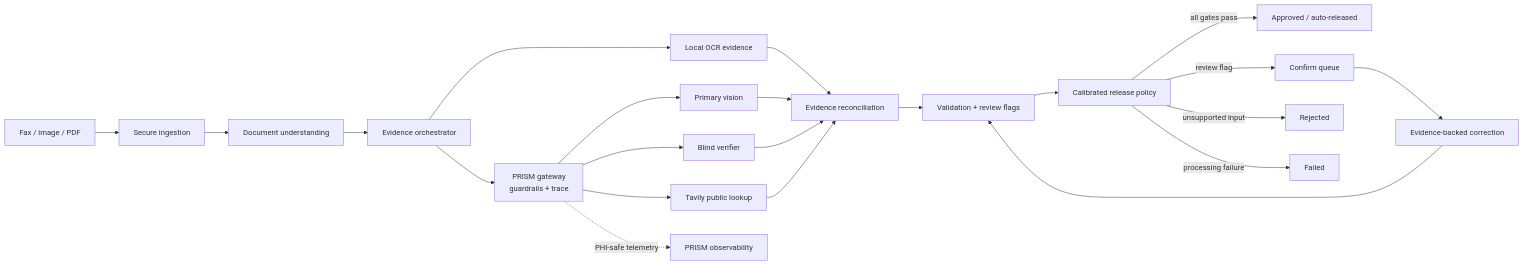
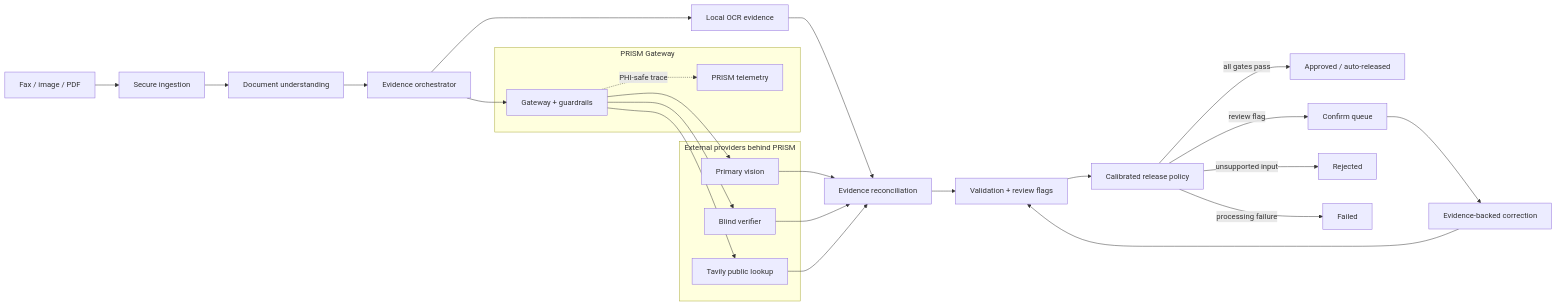
The diagram in README.md (molgorithmo/hackathon-nyc), drawn with Mermaid before and after one commit. The commit also changed other lines of this file, not shown here.

Commit message:
update design document

````diff
--- a/README.md
+++ b/README.md
@@ -13,24 +13,33 @@
 ```mermaid
 flowchart LR
     A[Fax / image / PDF] --> B[Secure ingestion]
     B --> C[Document understanding]
     C --> D[Evidence orchestrator]
     D --> E[Local OCR evidence]
-    D --> P[PRISM gateway<br/>guardrails + trace]
-    P --> F[Primary vision]
-    P --> G[Blind verifier]
-    P --> T[Tavily public lookup]
-    P -. PHI-safe telemetry .-> Z[PRISM observability]
+    D --> P
+    subgraph PRISM[PRISM Gateway]
+        P[Gateway + guardrails]
+        Z[PRISM telemetry]
+        P -. PHI-safe trace .-> Z
+    end
+    subgraph PROVIDERS[External providers behind PRISM]
+        F[Primary vision]
+        G[Blind verifier]
+        T[Tavily public lookup]
+    end
+    P --> F
+    P --> G
+    P --> T
     E --> H[Evidence reconciliation]
     F --> H
     G --> H
     T --> H
     H --> I[Validation + review flags]
     I --> J[Calibrated release policy]
     J -->|all gates pass| K[Approved / auto-released]
     J -->|review flag| L[Confirm queue]
     J -->|unsupported input| M[Rejected]
     J -->|processing failure| N[Failed]
     L --> O[Evidence-backed correction]
     O --> I
 ```
````
